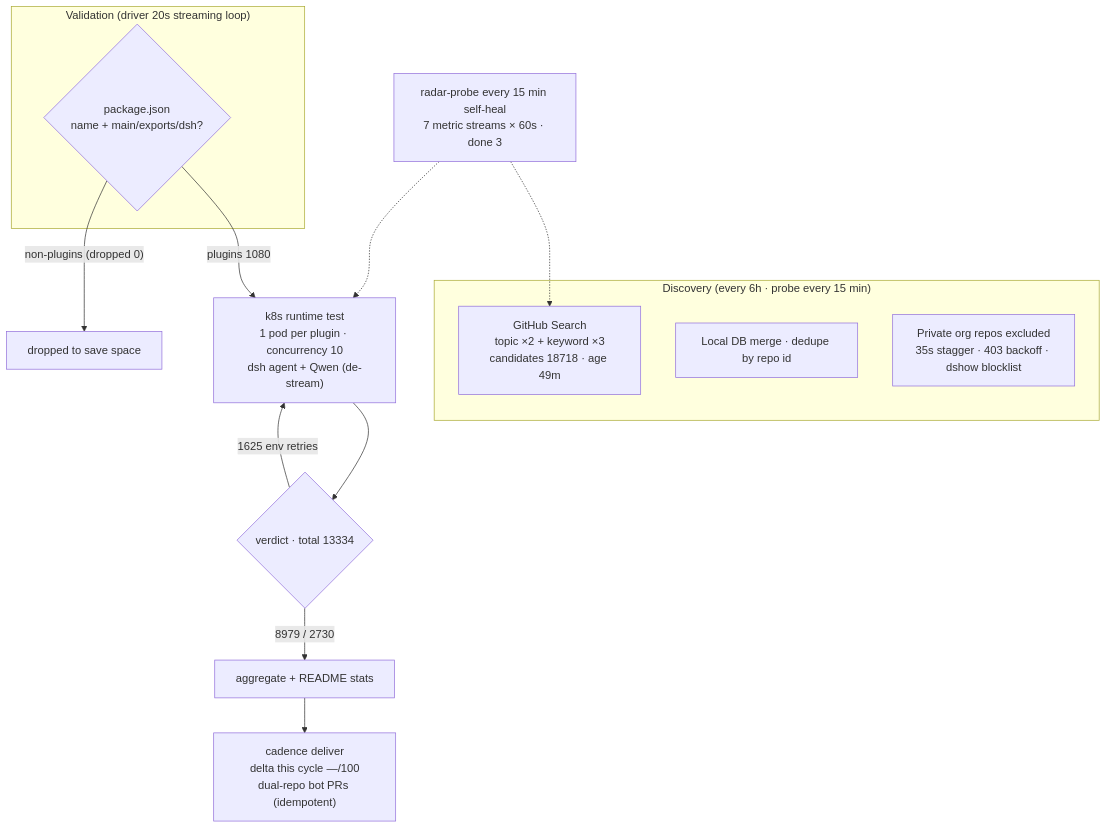
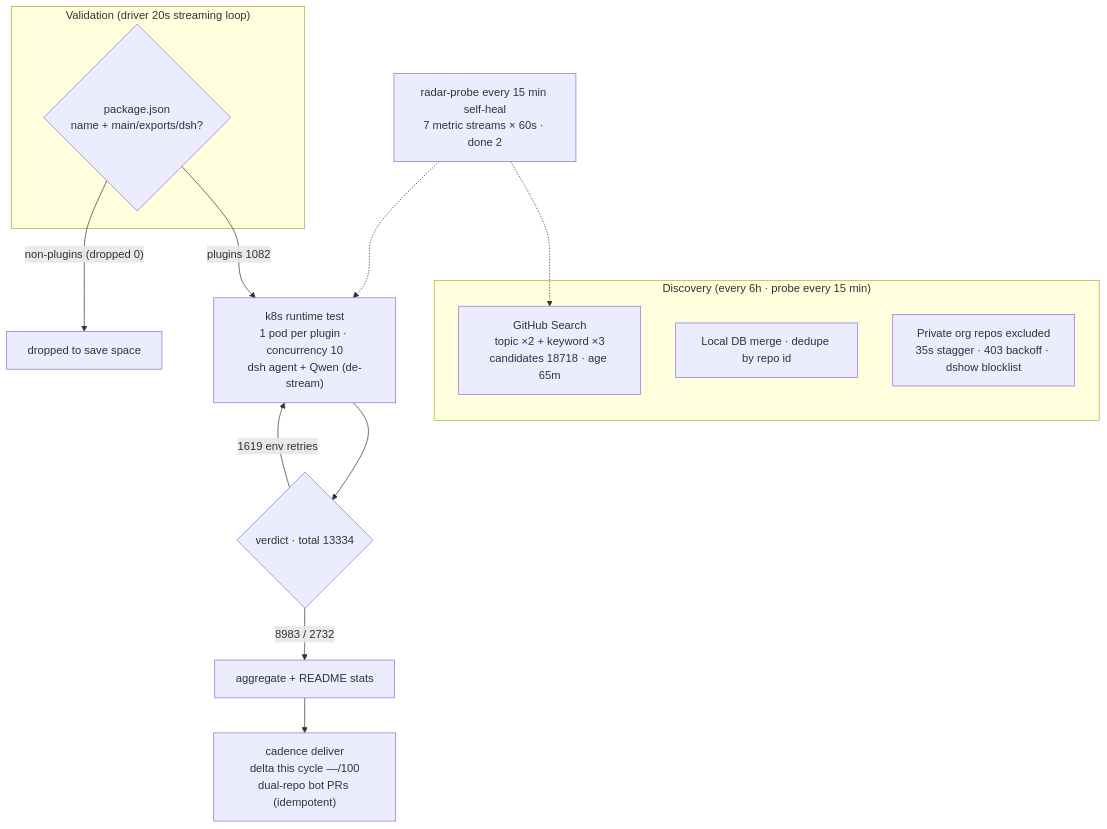
The diagram in README.en-US.md (AdamPlatin123/dsh-plugin-radar), drawn with Mermaid before and after one commit. The commit also changed other lines of this file and 8 other files, not shown here.

````diff
--- a/README.en-US.md
+++ b/README.en-US.md
@@ -45,20 +45,20 @@
 ```mermaid
 flowchart TB
     subgraph Discovery["Discovery (every 6h · probe every 15 min)"]
-        A1["GitHub Search<br/>topic ×2 + keyword ×3<br/>candidates 18718 · age 49m"]
+        A1["GitHub Search<br/>topic ×2 + keyword ×3<br/>candidates 18718 · age 65m"]
         A2["Local DB merge · dedupe by repo id"]
         A3["Private org repos excluded<br/>35s stagger · 403 backoff · dshow blocklist"]
     end
     subgraph Validation["Validation (driver 20s streaming loop)"]
         B1{"package.json<br/>name + main/exports/dsh?"}
     end
-    B1 -->|"plugins 1080"| C1["k8s runtime test<br/>1 pod per plugin · concurrency 10<br/>dsh agent + Qwen (de-stream)"]
+    B1 -->|"plugins 1082"| C1["k8s runtime test<br/>1 pod per plugin · concurrency 10<br/>dsh agent + Qwen (de-stream)"]
     B1 -->|"non-plugins (dropped 0)"| B3["dropped to save space"]
     C1 --> D1{"verdict · total 13334"}
-    D1 -->|"8979 / 2730"| E1["aggregate + README stats"]
-    D1 -->|"1625 env retries"| C1
+    D1 -->|"8983 / 2732"| E1["aggregate + README stats"]
+    D1 -->|"1619 env retries"| C1
     E1 --> E2["cadence deliver<br/>delta this cycle —/100<br/>dual-repo bot PRs (idempotent)"]
-    M["radar-probe every 15 min self-heal<br/>7 metric streams × 60s · done 3"]
+    M["radar-probe every 15 min self-heal<br/>7 metric streams × 60s · done 2"]
     M -.-> A1
     M -.-> C1
 ```
````
